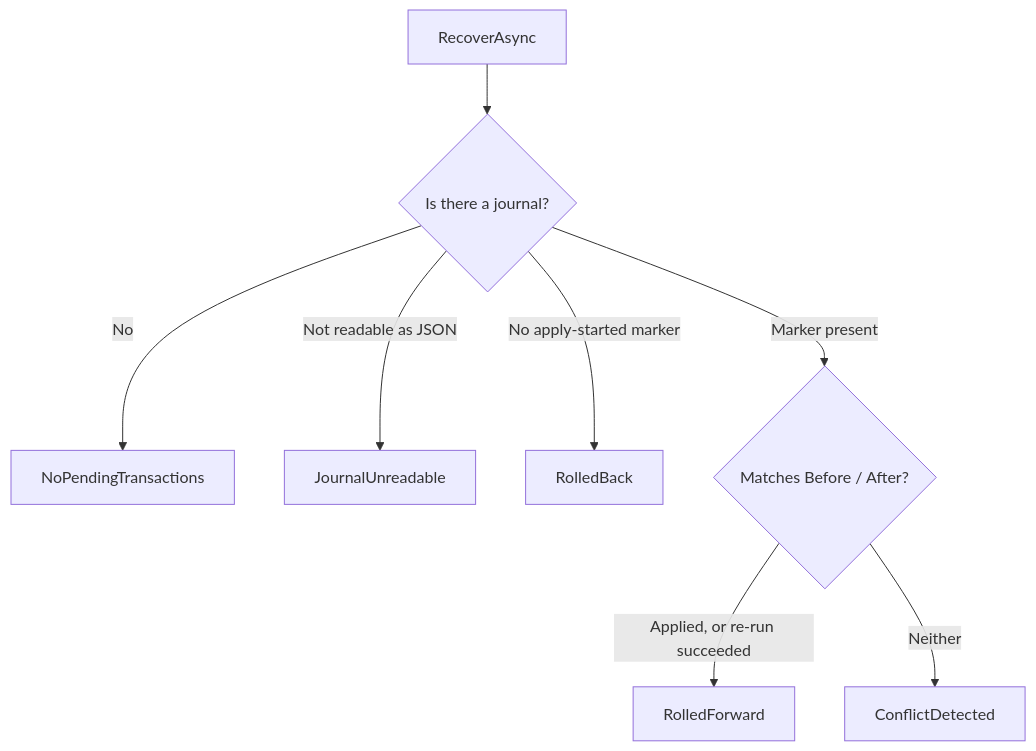
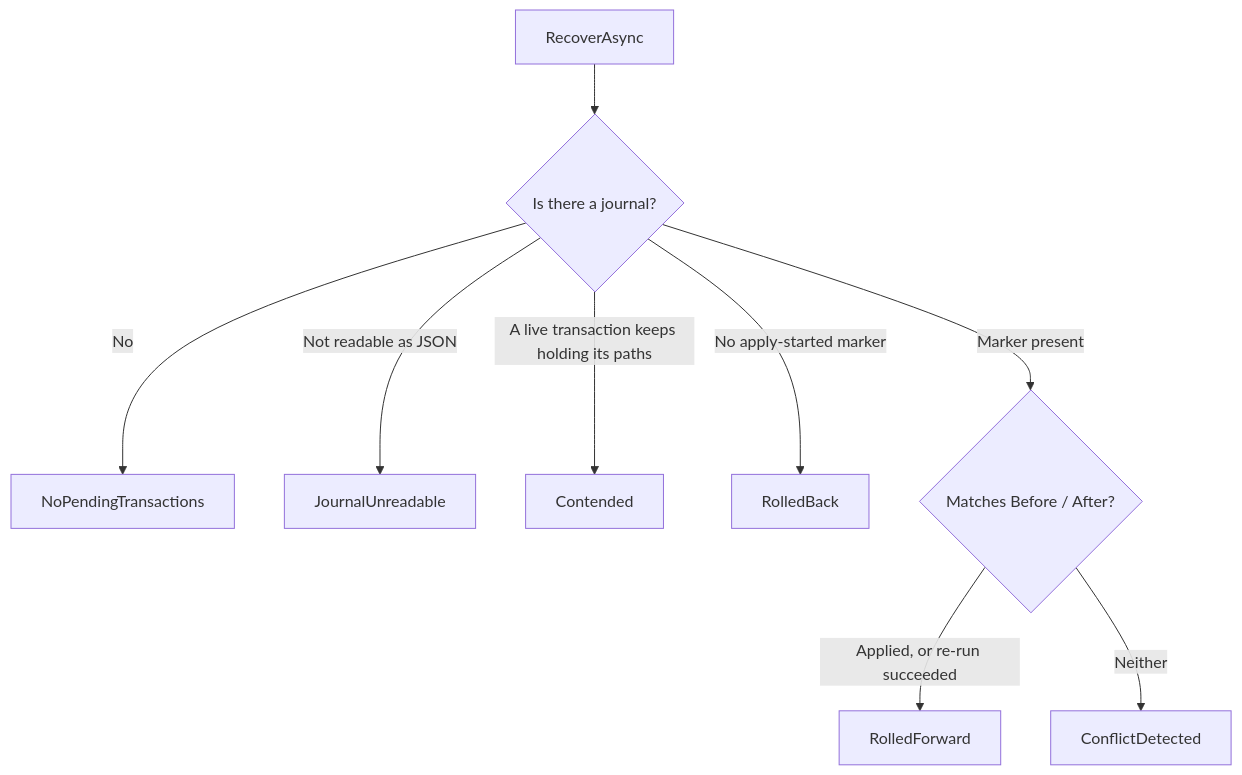
The second of 15 diagrams in README.md (YUKIKEDA/Txfio), drawn with Mermaid before and after one commit. The commit also changed other lines of this file and 8 other files, not shown here.

````diff
--- a/README.md
+++ b/README.md
@@ -162,10 +162,11 @@
 ```mermaid
 flowchart TD
   call["RecoverAsync"] --> has{"Is there a journal?"}
   has -->|No| none["NoPendingTransactions"]
   has -->|Not readable as JSON| unreadable["JournalUnreadable"]
+  has -->|A live transaction keeps holding its paths| contended["Contended"]
   has -->|No apply-started marker| back["RolledBack"]
   has -->|Marker present| match{"Matches Before / After?"}
   match -->|Applied, or re-run succeeded| forward["RolledForward"]
   match -->|Neither| conflict["ConflictDetected"]
 ```
````
